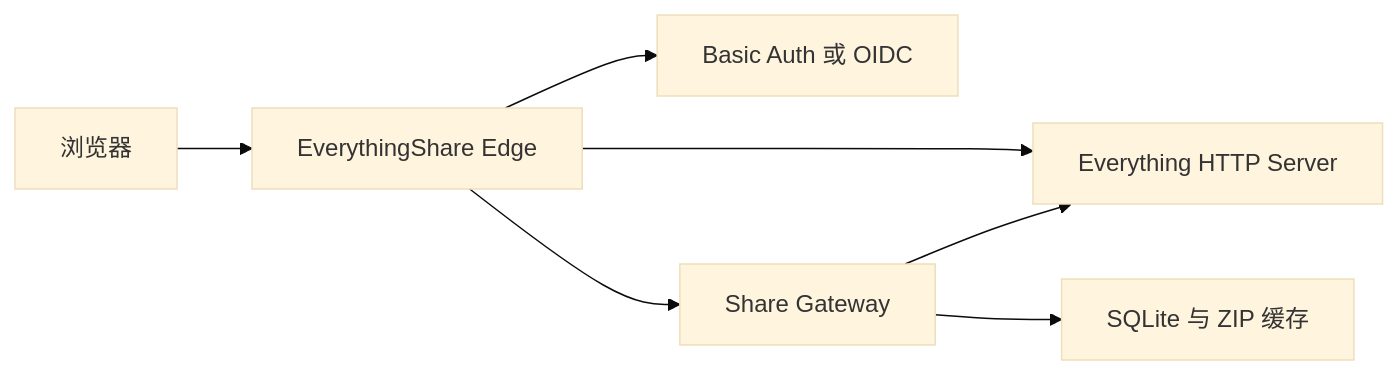
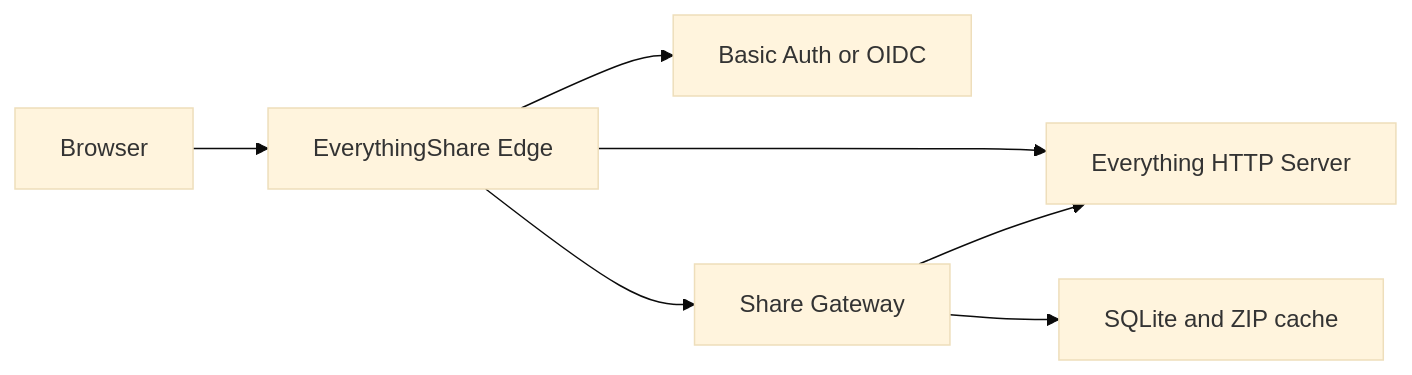
Before and after one commit to lmy138/EverythingShare: the diagram in README.md, drawn with Mermaid (base theme). The commit also changed other lines of this file and 9 other files, not shown here.

````diff
--- a/README.md
+++ b/README.md
@@ -61,9 +63,9 @@
 ```mermaid
 flowchart LR
-    U["浏览器"] --> E["EverythingShare Edge"]
-    E --> A["Basic Auth 或 OIDC"]
+    U["Browser"] --> E["EverythingShare Edge"]
+    E --> A["Basic Auth or OIDC"]
     E --> H["Everything HTTP Server"]
     E --> G["Share Gateway"]
     G --> H
-    G --> D["SQLite 与 ZIP 缓存"]
+    G --> D["SQLite and ZIP cache"]
 ```
````
